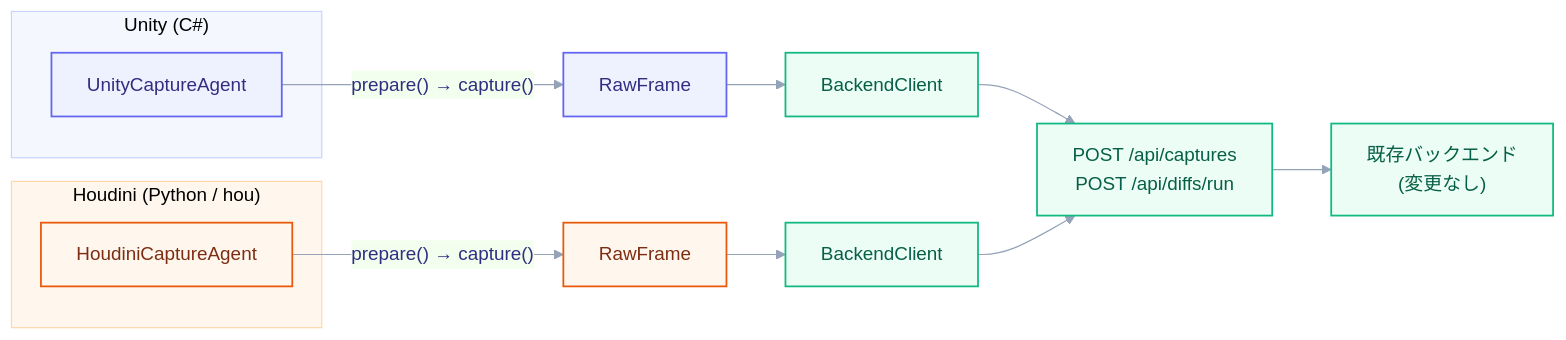
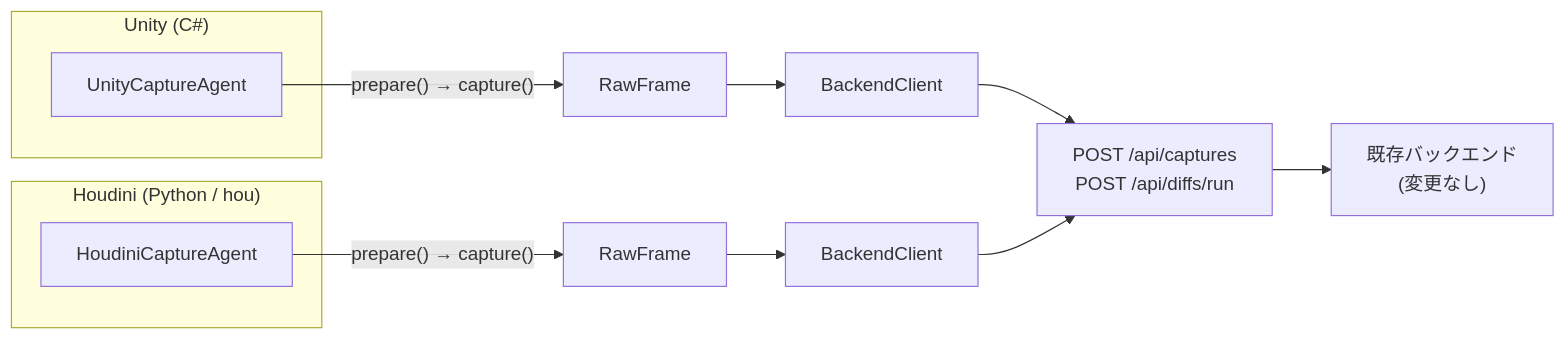
Before and after one commit to manato1201/VisualRegressionQATool: the seventh of 7 diagrams in docs/ARCHITECTURE.md, drawn with Mermaid. The commit also changed other lines of this file and 2 other files, not shown here.

First line of the commit message:
Rebuild system diagram as hand-routed SVG, document setup/verification steps

````diff
--- a/docs/ARCHITECTURE.md
+++ b/docs/ARCHITECTURE.md
@@ -284,31 +232,19 @@
 ```mermaid
-%%{init: {'theme': 'base', 'themeVariables': { 'primaryColor': '#eef2ff', 'primaryBorderColor': '#6366f1', 'primaryTextColor': '#312e81', 'lineColor': '#94a3b8', 'fontFamily': 'Inter, sans-serif' }}}%%
 flowchart LR
     subgraph Unity["Unity (C#)"]
         UA[UnityCaptureAgent]
     end
     subgraph Houdini["Houdini (Python / hou)"]
         HA[HoudiniCaptureAgent]
     end
 
     UA -->|"prepare() → capture()"| UF[RawFrame]
     HA -->|"prepare() → capture()"| HF[RawFrame]
 
     UF --> BC1[BackendClient]
     HF --> BC2[BackendClient]
 
     BC1 --> API["POST /api/captures\nPOST /api/diffs/run"]
     BC2 --> API
     API --> Existing["既存バックエンド\n(変更なし)"]
-
-    classDef unity fill:#eef2ff,stroke:#6366f1,stroke-width:1.5px,color:#312e81;
-    classDef houdini fill:#fff7ed,stroke:#ea580c,stroke-width:1.5px,color:#7c2d12;
-    classDef backend fill:#ecfdf5,stroke:#10b981,stroke-width:1.5px,color:#065f46;
-
-    class UA,UF unity;
-    class HA,HF houdini;
-    class BC1,BC2,API,Existing backend;
-
-    style Unity fill:#f5f7ff,stroke:#c7d2fe,stroke-width:1px;
-    style Houdini fill:#fff7ed,stroke:#fed7aa,stroke-width:1px;
 ```
````
